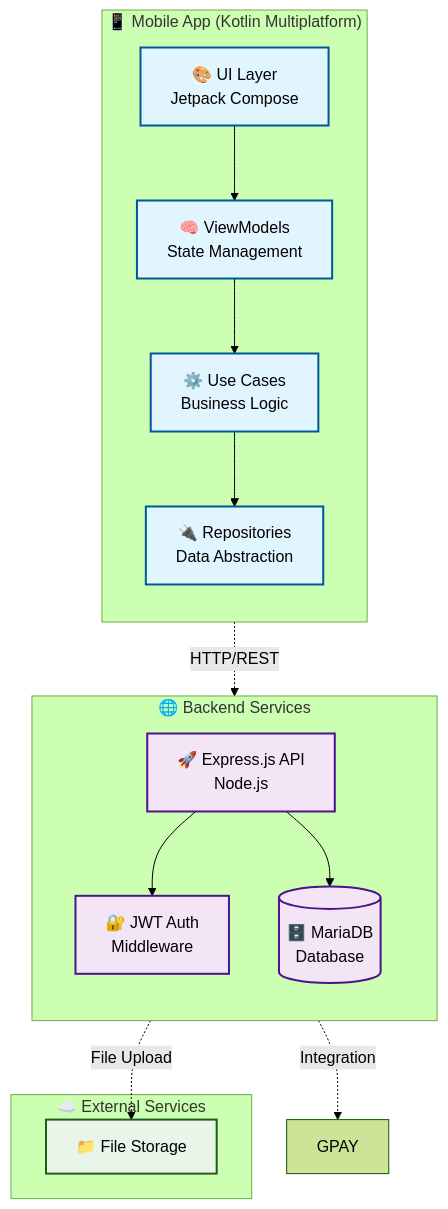
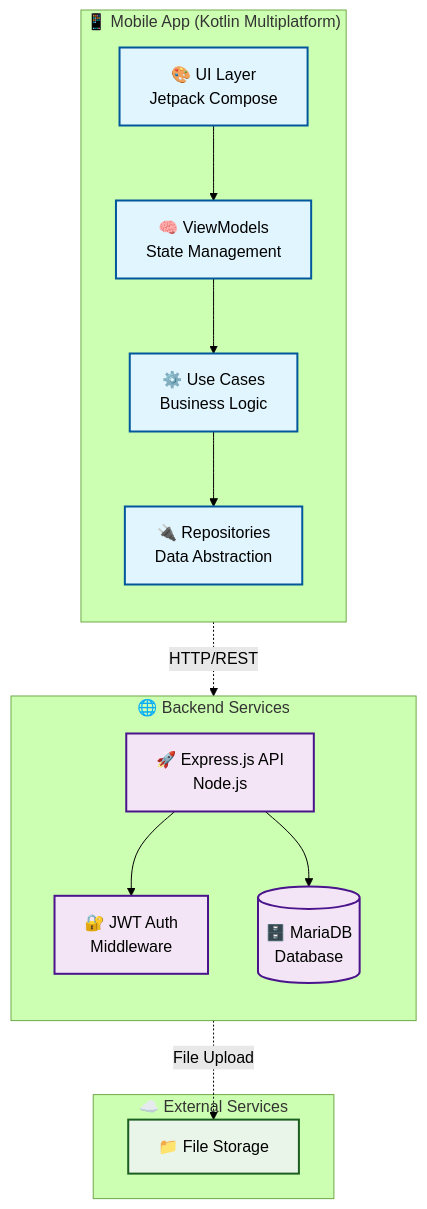
The first of 5 diagrams in README.md (asobrados03/HumanPerformMobileApp), drawn with Mermaid (forest theme) before and after one commit.

````diff
--- a/README.md
+++ b/README.md
@@ -49,40 +49,39 @@
 ```mermaid
 graph TB
     subgraph "📱 Mobile App (Kotlin Multiplatform)"
         direction TB
         UI[🎨 UI Layer<br/>Jetpack Compose]
         VM[🧠 ViewModels<br/>State Management]
         UC[⚙️ Use Cases<br/>Business Logic]
         REPO[🔌 Repositories<br/>Data Abstraction]
         
         UI --> VM
         VM --> UC
         UC --> REPO
     end
     
     subgraph "🌐 Backend Services"
         direction TB
         API[🚀 Express.js API<br/>Node.js]
         AUTH[🔐 JWT Auth<br/>Middleware]
         DB[(🗄️ MariaDB<br/>Database)]
         
         API --> AUTH
         API --> DB
     end
     
     subgraph "☁️ External Services"
         STORAGE[📁 File Storage]
     end
     
     REPO -.->|HTTP/REST| API
-    API -.->|Integration| GPAY
     API -.->|File Upload| STORAGE
     
     classDef mobileLayer fill:#e1f5fe,stroke:#01579b,stroke-width:2px
     classDef backendLayer fill:#f3e5f5,stroke:#4a148c,stroke-width:2px
     classDef externalLayer fill:#e8f5e8,stroke:#1b5e20,stroke-width:2px
     
     class UI,VM,UC,REPO mobileLayer
     class API,AUTH,DB backendLayer
     class STORAGE externalLayer
 ```
````
